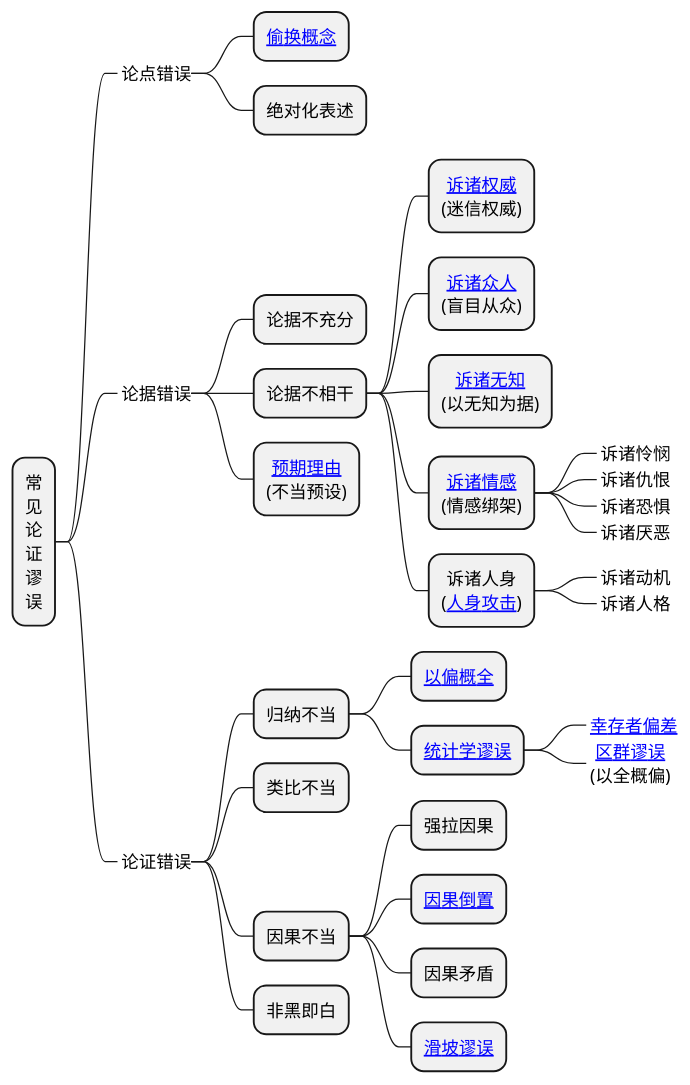
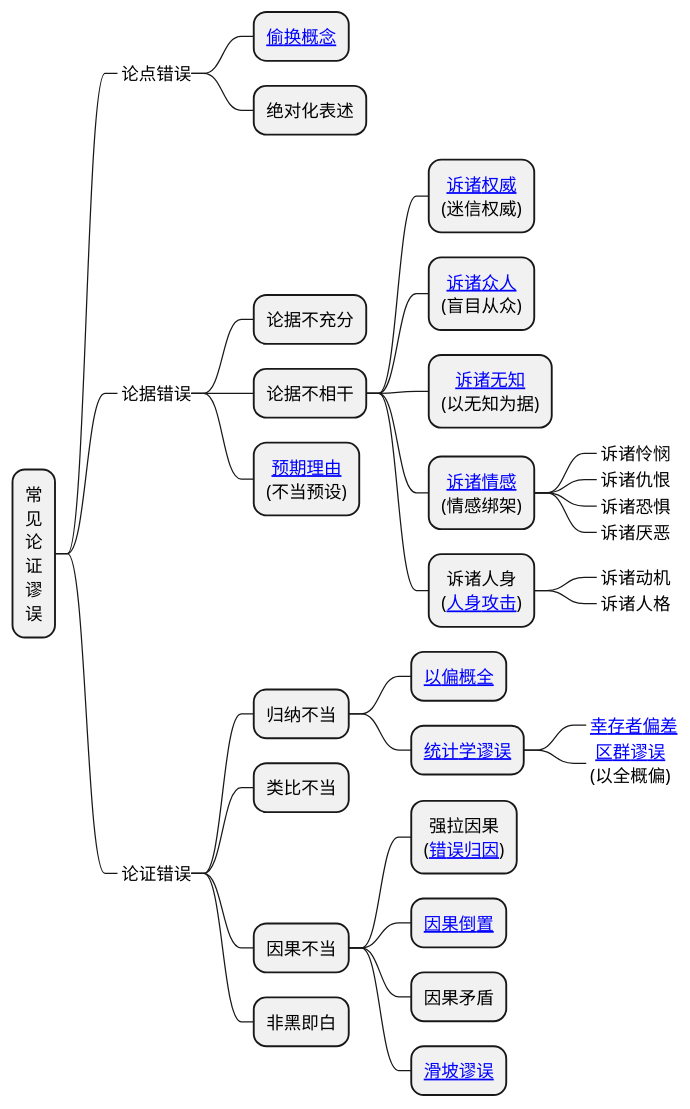
One commit to holmofy/blog.hufeifei.cn changed the fifth of 5 diagrams in source/_posts/logic/logic.md. Above: the diagram before and after it, drawn with PlantUML.

````diff
--- a/source/_posts/logic/logic.md
+++ b/source/_posts/logic/logic.md
@@ -156,42 +156,42 @@
 ```plantuml
 @startmindmap
 <style>
 node {
     HorizontalAlignment center
     RoundCorner 20
 }
 </style>
 * 常\n见\n论\n证\n谬\n误
 **_ 论点错误
 *** [[https://baike.baidu.com/item/偷换概念/6714008 偷换概念]]
 *** 绝对化表述
 **_ 论据错误
 *** 论据不充分
 *** 论据不相干
 **** [[https://baike.baidu.com/item/诉诸权威 诉诸权威]]\n(迷信权威)
 **** [[https://baike.baidu.com/item/诉诸大众 诉诸众人]]\n(盲目从众)
 **** [[https://baike.baidu.com/item/诉诸无知 诉诸无知]]\n(以无知为据)
 **** [[https://baike.baidu.com/item/诉诸情感 诉诸情感]]\n(情感绑架)
 *****_ 诉诸怜悯
 *****_ 诉诸仇恨
 *****_ 诉诸恐惧
 *****_ 诉诸厌恶
 **** 诉诸人身\n([[https://baike.baidu.com/item/人身攻击 人身攻击]])
 *****_ 诉诸动机
 *****_ 诉诸人格
 *** [[https://baike.baidu.com/item/预期理由 预期理由]]\n(不当预设)
 **_ 论证错误
 *** 归纳不当
 **** [[https://baike.baidu.com/item/以偏概全 以偏概全]]
 **** [[https://baike.baidu.com/item/统计陷阱/3778566 统计学谬误]]
 *****_ [[https://baike.baidu.com/item/幸存者偏差/10313799 幸存者偏差]]
 *****_ [[https://baike.baidu.com/item/区群谬误 区群谬误]]\n(以全概偏)
 *** 类比不当
 *** 因果不当
-**** 强拉因果
+**** 强拉因果\n([[https://baike.baidu.com/item/基本归因错误 错误归因]])
 **** [[https://baike.baidu.com/item/因果倒置 因果倒置]]
 **** 因果矛盾
 **** [[https://baike.baidu.com/item/滑坡谬误 滑坡谬误]]
 *** 非黑即白
 @endmindmap
 ```
````
